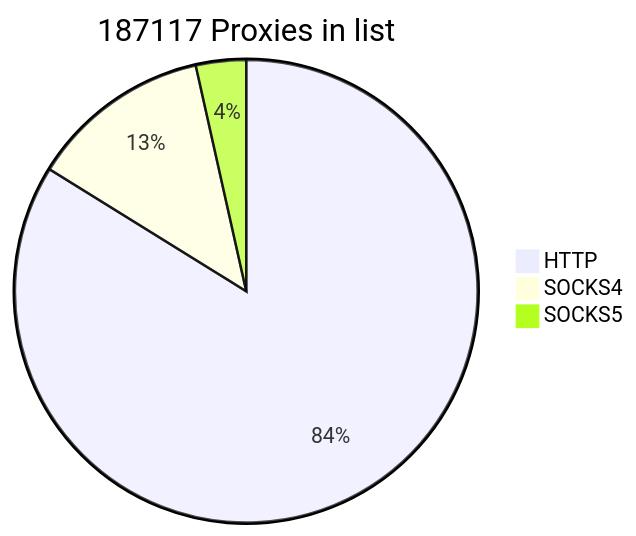
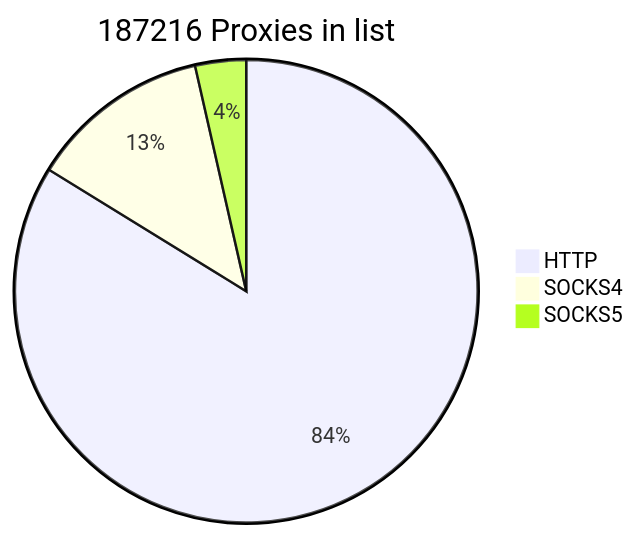
Before and after one commit to cutipu/proxylist: the first of 2 diagrams in README.md, drawn with Mermaid. The commit also changed other lines of this file, not shown here.

````diff
--- a/README.md
+++ b/README.md
@@ -2,7 +2,7 @@
 ```mermaid
-pie title 187117 Proxies in list
+pie title 187216 Proxies in list
     "HTTP" : 156866
     "SOCKS4" : 23693
-    "SOCKS5" : 6558
+    "SOCKS5" : 6657
             
 ```
````
